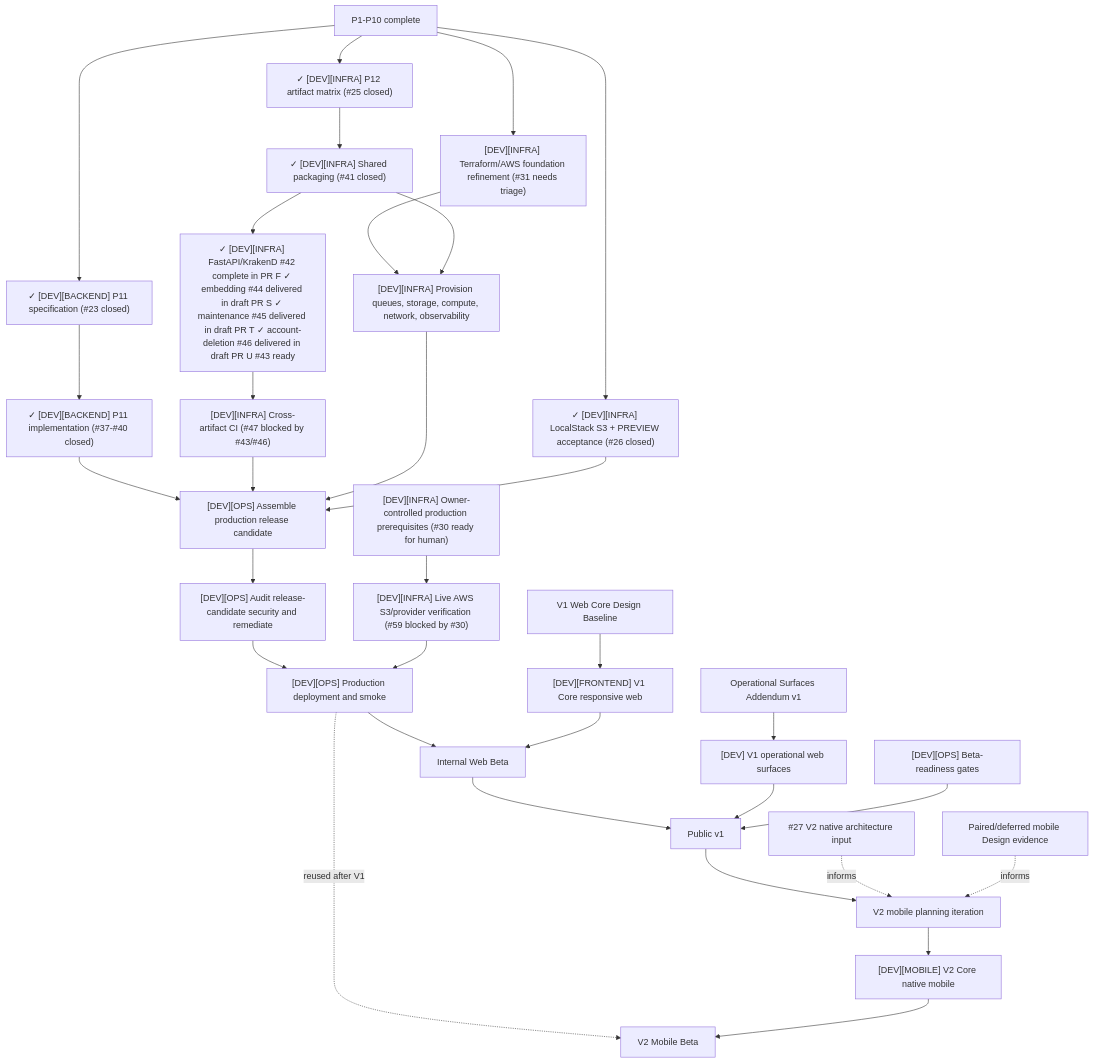
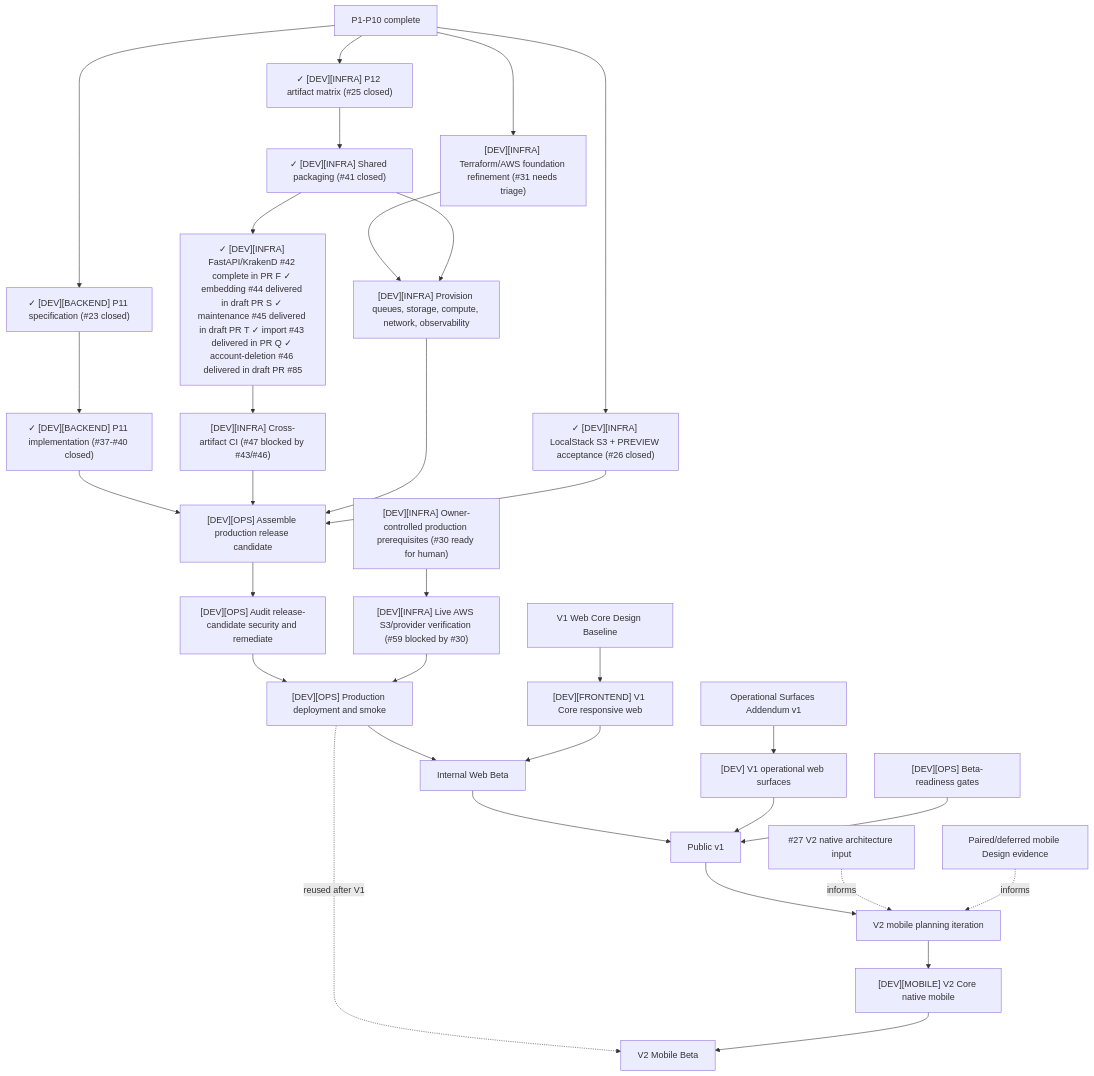
Before and after one commit to starkovalera/recipe-manager: the diagram in docs/architecture/production-roadmap.md, drawn with Mermaid. The commit also changed other lines of this file and 8 other files, not shown here.

First line of the commit message:
[DEV][INFRA] Build import Lambda production artifact (#81)

````diff
--- a/docs/architecture/production-roadmap.md
+++ b/docs/architecture/production-roadmap.md
@@ -215,41 +215,41 @@
 ```mermaid
 flowchart TD
   p10["P1-P10 complete"]
   p10 --> p11Spec["✓ [DEV][BACKEND] P11 specification (#23 closed)"]
   p11Spec --> p11Implementation["✓ [DEV][BACKEND] P11 implementation (#37-#40 closed)"]
   p10 --> p12Spec["✓ [DEV][INFRA] P12 artifact matrix (#25 closed)"]
   p12Spec --> p12Shared["✓ [DEV][INFRA] Shared packaging (#41 closed)"]
-  p12Shared --> p12Artifacts["✓ [DEV][INFRA] FastAPI/KrakenD #42 complete in PR #70; ✓ embedding #44 delivered in draft PR #83; ✓ maintenance #45 delivered in draft PR #84; ✓ account-deletion #46 delivered in draft PR #85; #43 ready"]
+  p12Shared --> p12Artifacts["✓ [DEV][INFRA] FastAPI/KrakenD #42 complete in PR #70; ✓ embedding #44 delivered in draft PR #83; ✓ maintenance #45 delivered in draft PR #84; ✓ import #43 delivered in PR #81; ✓ account-deletion #46 delivered in draft PR #85"]
   p12Artifacts --> p12Ci["[DEV][INFRA] Cross-artifact CI (#47 blocked by #43/#46)"]
   p10 --> localstack["✓ [DEV][INFRA] LocalStack S3 + PREVIEW acceptance (#26 closed)"]
   p10 --> tfFoundation["[DEV][INFRA] Terraform/AWS foundation refinement (#31 needs triage)"]
   ownerInputs["[DEV][INFRA] Owner-controlled production prerequisites (#30 ready for human)"]
   ownerInputs --> liveAws["[DEV][INFRA] Live AWS S3/provider verification (#59 blocked by #30)"]
 
   tfFoundation --> cloudResources["[DEV][INFRA] Provision queues, storage, compute, network, observability"]
   p12Shared --> cloudResources
 
   p11Implementation --> releaseCandidate["[DEV][OPS] Assemble production release candidate"]
   p12Ci --> releaseCandidate
   cloudResources --> releaseCandidate
   localstack --> releaseCandidate
   releaseCandidate --> security["[DEV][OPS] Audit release-candidate security and remediate"]
   security --> technicalProd["[DEV][OPS] Production deployment and smoke"]
   liveAws --> technicalProd
 
   designCore["V1 Web Core Design Baseline"] --> web["[DEV][FRONTEND] V1 Core responsive web"]
   technicalProd --> webBeta["Internal Web Beta"]
   web --> webBeta
 
   designOps["Operational Surfaces Addendum v1"] --> operationalClients["[DEV] V1 operational web surfaces"]
   webBeta --> publicV1["Public v1"]
   operationalClients --> publicV1
   beta["[DEV][OPS] Beta-readiness gates"] --> publicV1
 
   publicV1 --> v2Planning["V2 mobile planning iteration"]
   mobileResearch["#27 V2 native architecture input"] -. informs .-> v2Planning
   pairedDesign["Paired/deferred mobile Design evidence"] -. informs .-> v2Planning
   v2Planning --> mobile["[DEV][MOBILE] V2 Core native mobile"]
   technicalProd -. reused after V1 .-> mobileBeta["V2 Mobile Beta"]
   mobile --> mobileBeta
 ```
````
